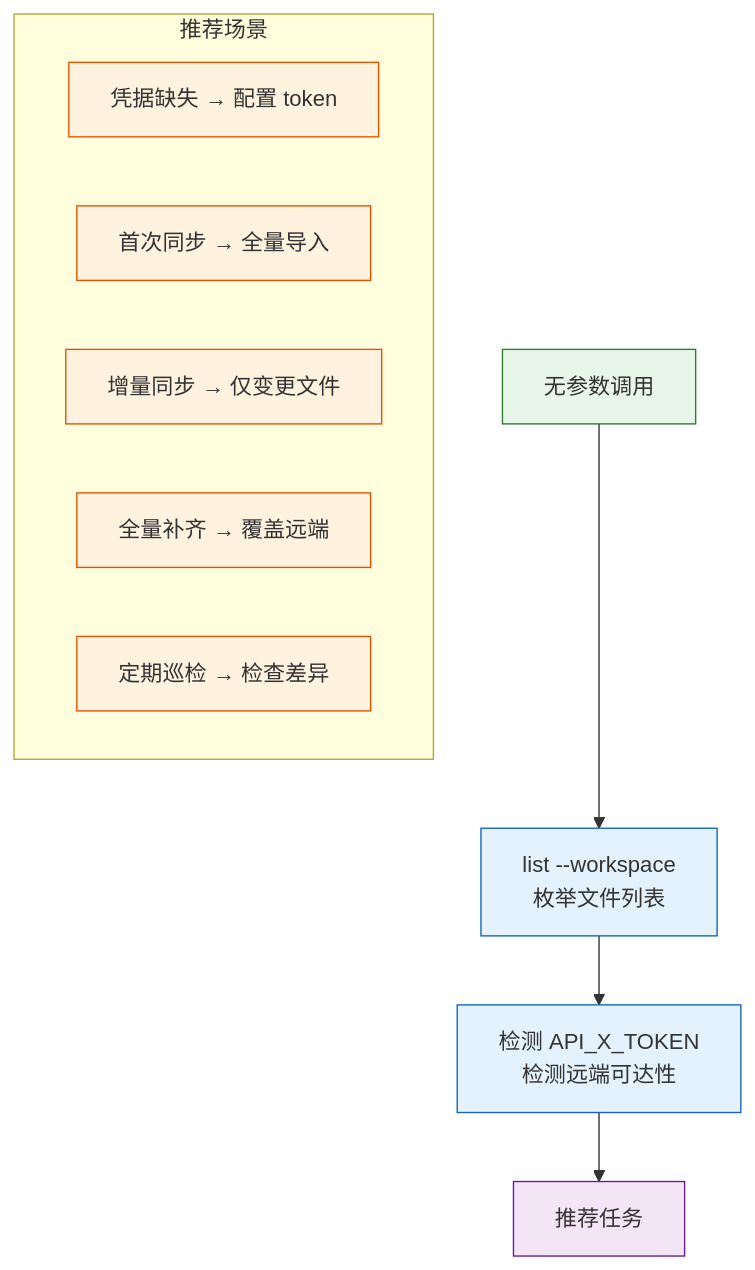
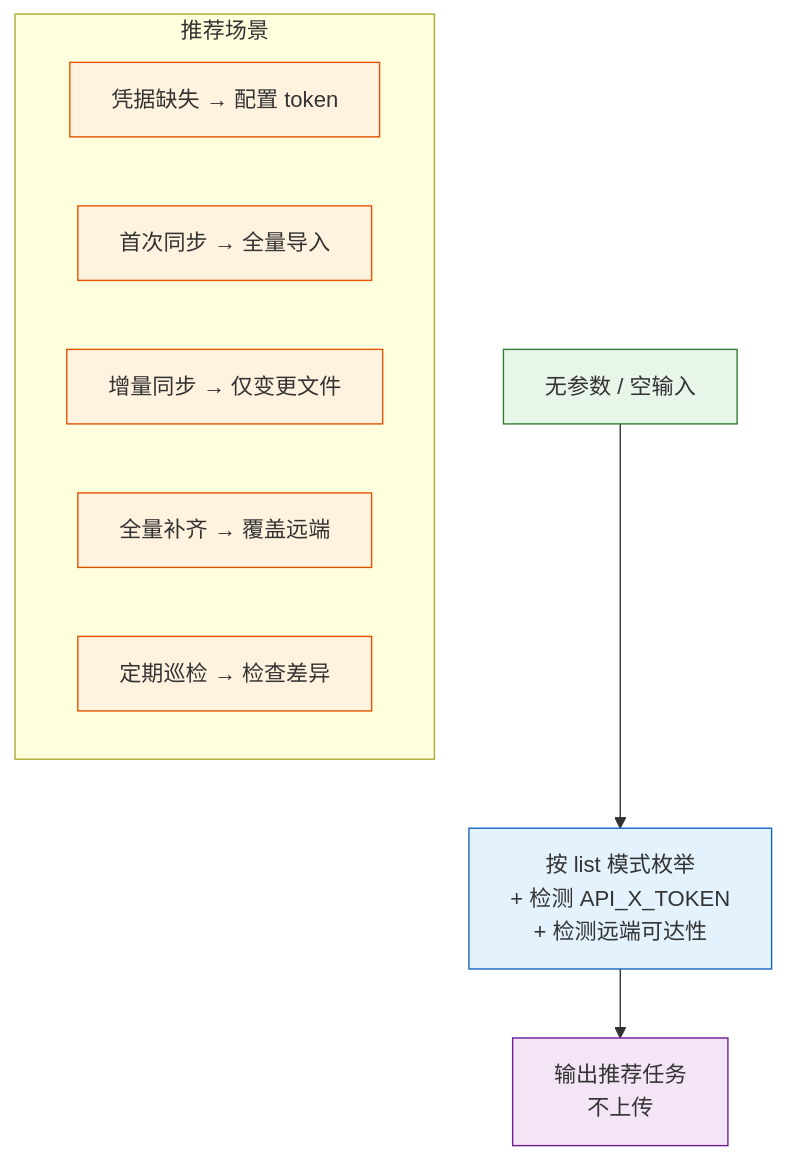
The seventh of 8 diagrams in skills/import-docs/SKILL.md (effiy/YrY), drawn with Mermaid before and after one commit. The commit also changed other lines of this file and 14 other files, not shown here.

````diff
--- a/skills/import-docs/SKILL.md
+++ b/skills/import-docs/SKILL.md
@@ -165,19 +260,18 @@
 ```mermaid
 flowchart TD
-    EMPTY["无参数调用"]:::src --> LIST["list --workspace<br/>枚举文件列表"]:::op
-    LIST --> CHECK["检测 API_X_TOKEN<br/>检测远端可达性"]:::op
-    CHECK --> RECOMMEND["推荐任务"]:::out
+    EMPTY["无参数 / 空输入"]:::src --> LIST["按 list 模式枚举<br/>+ 检测 API_X_TOKEN<br/>+ 检测远端可达性"]:::op
+    LIST --> RECOMMEND["输出推荐任务<br/>不上传"]:::out
 
     subgraph 推荐["推荐场景"]
         R1["凭据缺失 → 配置 token"]:::rec
         R2["首次同步 → 全量导入"]:::rec
         R3["增量同步 → 仅变更文件"]:::rec
         R4["全量补齐 → 覆盖远端"]:::rec
         R5["定期巡检 → 检查差异"]:::rec
     end
 
     classDef src fill:#e8f5e9,stroke:#2e7d32;
     classDef op fill:#e3f2fd,stroke:#1565c0;
     classDef out fill:#f3e5f5,stroke:#6a1b9a;
     classDef rec fill:#fff3e0,stroke:#e65100;
 ```
````
